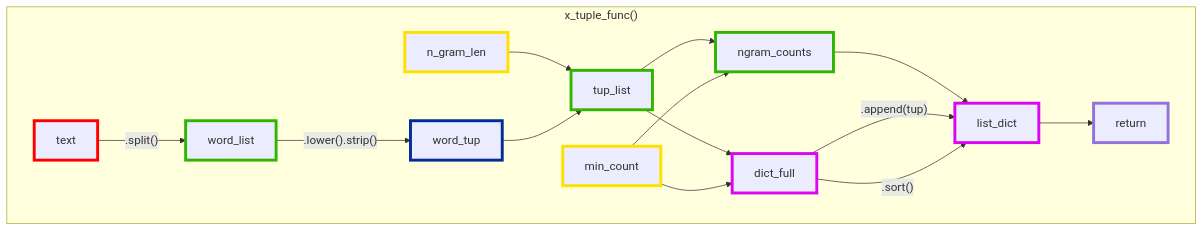
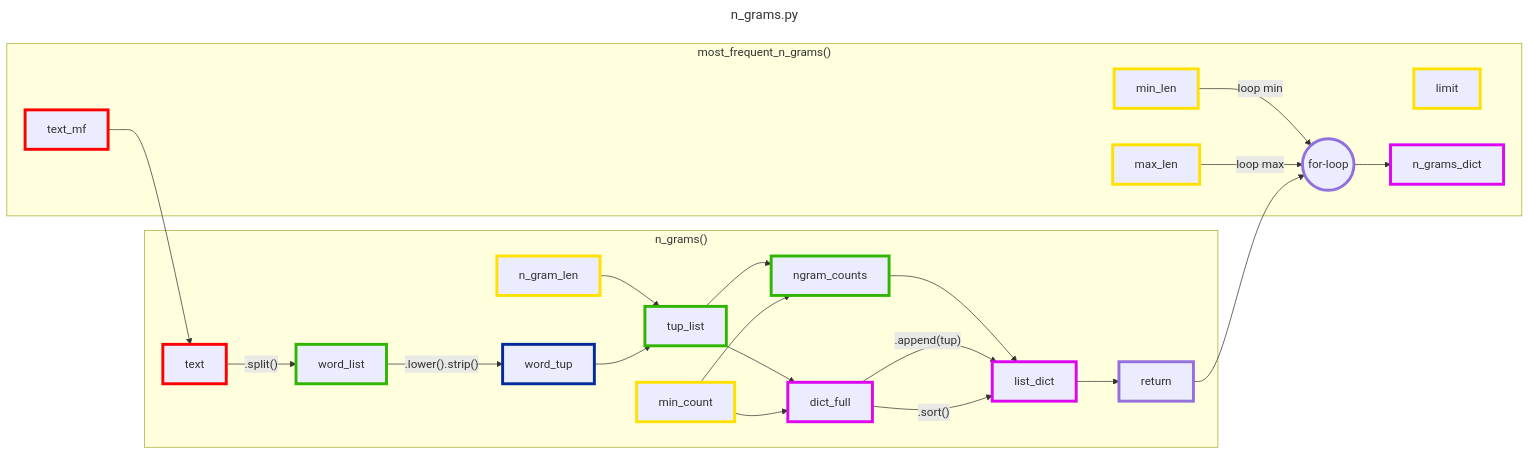
Before and after one commit to fm9030133/fm9030133.github.io: the first of 2 diagrams in README.md, drawn with Mermaid. The commit also changed other lines of this file, not shown here.

Commit message:
Complete flow.md content

````diff
--- a/README.md
+++ b/README.md
@@ -10,30 +11,44 @@
 ```mermaid
 ---
-assignment.py
+title: n_grams.py
 ---
-flowchart TB
-    subgraph "x_tuple_func()"
+flowchart LR
+    subgraph "n_grams()"
     classDef default stroke-width:4px
     classDef str stroke:#ff0000
     classDef int stroke:#ffe100
     classDef list stroke:#30b500
     classDef tuple stroke:#022b9c
     classDef dict stroke:#de05f2
+
+    %% This is a comment
 
     text:::str
     n_gram_len:::int
     min_count:::int
     text -- ".split()" --> word_list:::list
     word_list -- ".lower().strip()" --> word_tup:::tuple
     n_gram_len --> tup_list:::list
     word_tup --> tup_list
     tup_list --> dict_full:::dict
     min_count --> dict_full
     tup_list --> ngram_counts:::list
     min_count --> ngram_counts
     ngram_counts --> list_dict:::dict
     dict_full -- ".append(tup)" --> list_dict
     dict_full -- ".sort()" --> list_dict
     list_dict --> return
     end
+
+    subgraph "most_frequent_n_grams()"
+    %%text_mf:::str -- "n_grams()" --> n_grams_dict:::dict
+    text_mf:::str --> text
+    min_len:::int -- "loop min" --> for-loop(("for-loop"))
+    max_len:::int -- "loop max" --> for-loop
+    limit:::int
+    return --> for-loop
+    for-loop --> n_grams_dict:::dict
+    %%for-loop <--> text_mf
+    %%return --> text_mf
+    end
 ```
````
